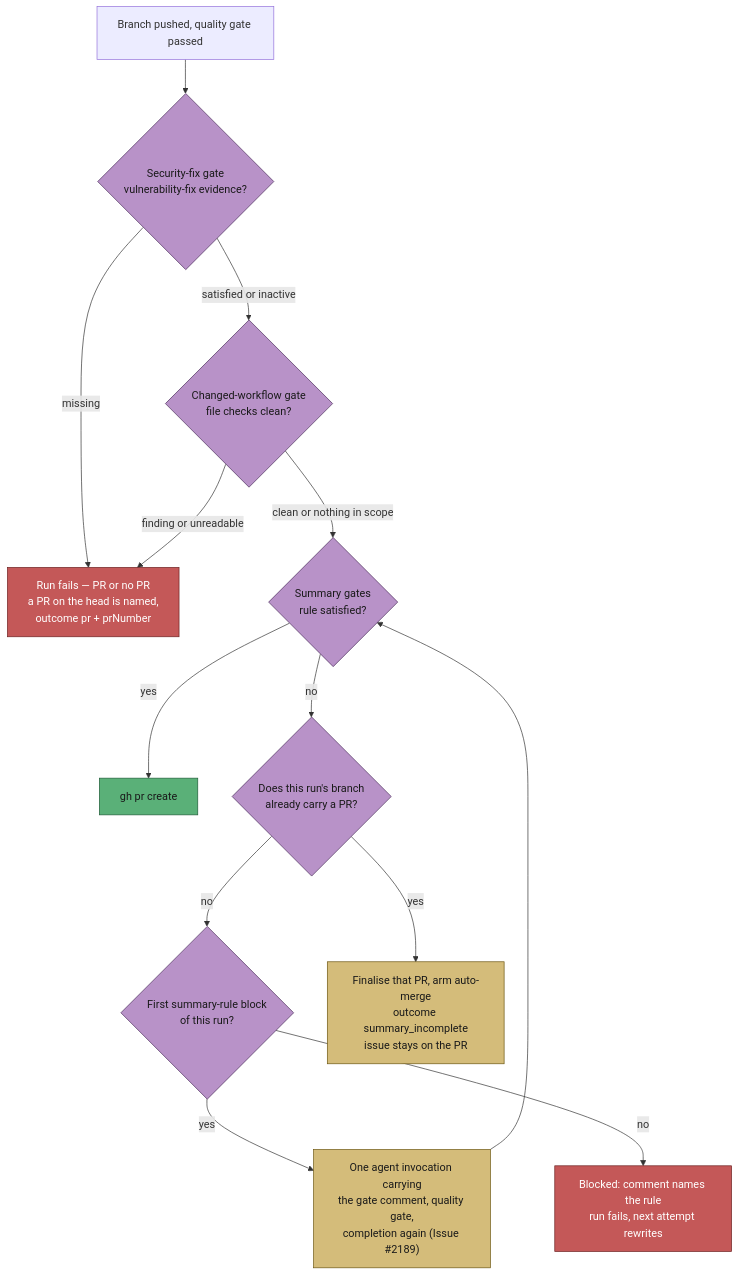
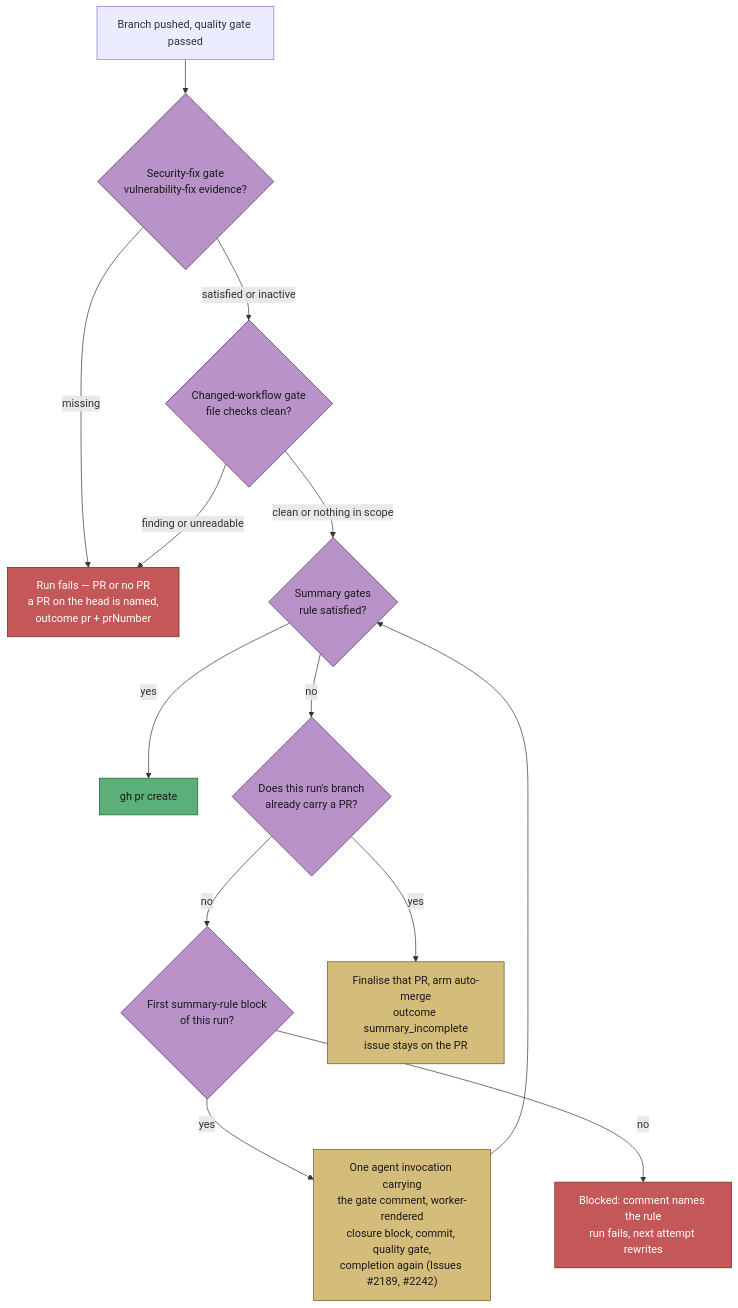
One commit to stSoftwareAU/VibeCoder changed diagram 16 of 18 in docs/workflows/issue-processing.md. Above: the diagram before and after it, drawn with Mermaid. The commit also changed other lines of this file and 7 other files, not shown here.

First line of the commit message:
Render the PR-summary closure block from a structured verdict (#2242)

````diff
--- a/docs/workflows/issue-processing.md
+++ b/docs/workflows/issue-processing.md
@@ -1136,25 +1136,25 @@
 ```mermaid
 flowchart TD
     A["Branch pushed, quality gate passed"] --> SEC{"Security-fix gate<br/>vulnerability-fix evidence?"}
     SEC -->|"missing"| F2["Run fails — PR or no PR<br/>a PR on the head is named,<br/>outcome pr + prNumber"]
     SEC -->|"satisfied or inactive"| WF{"Changed-workflow gate<br/>file checks clean?"}
     WF -->|"finding or unreadable"| F2
     WF -->|"clean or nothing in scope"| G{"Summary gates<br/>rule satisfied?"}
     G -->|yes| PR["gh pr create"]
     G -->|no| Q{"Does this run's branch<br/>already carry a PR?"}
     Q -->|no| R{"First summary-rule block<br/>of this run?"}
-    R -->|yes| RT["One agent invocation carrying<br/>the gate comment, quality gate,<br/>completion again (Issue #2189)"]
+    R -->|yes| RT["One agent invocation carrying<br/>the gate comment, worker-rendered<br/>closure block, commit, quality gate,<br/>completion again (Issues #2189, #2242)"]
     RT --> G
     R -->|no| F["Blocked: comment names the rule<br/>run fails, next attempt rewrites"]
     Q -->|yes| S["Finalise that PR, arm auto-merge<br/>outcome summary_incomplete<br/>issue stays on the PR"]
     style SEC fill:#b892c8,stroke:#4a2d5a,color:#1a1a1a
     style WF fill:#b892c8,stroke:#4a2d5a,color:#1a1a1a
     style G fill:#b892c8,stroke:#4a2d5a,color:#1a1a1a
     style Q fill:#b892c8,stroke:#4a2d5a,color:#1a1a1a
     style R fill:#b892c8,stroke:#4a2d5a,color:#1a1a1a
     style RT fill:#d4bc7a,stroke:#6b5510,color:#1a1a1a
     style PR fill:#5ab078,stroke:#1d5a35,color:#1a1a1a
     style S fill:#d4bc7a,stroke:#6b5510,color:#1a1a1a
     style F fill:#c45858,stroke:#6b2020,color:#fff
     style F2 fill:#c45858,stroke:#6b2020,color:#fff
 ```
````
